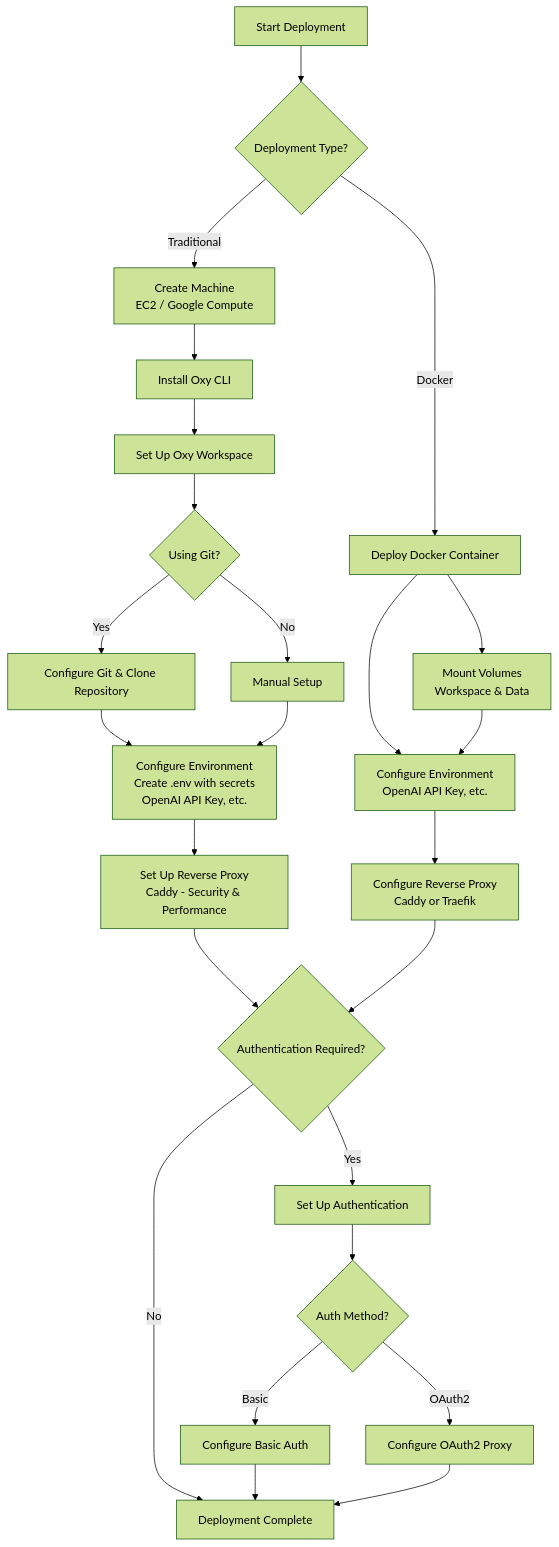
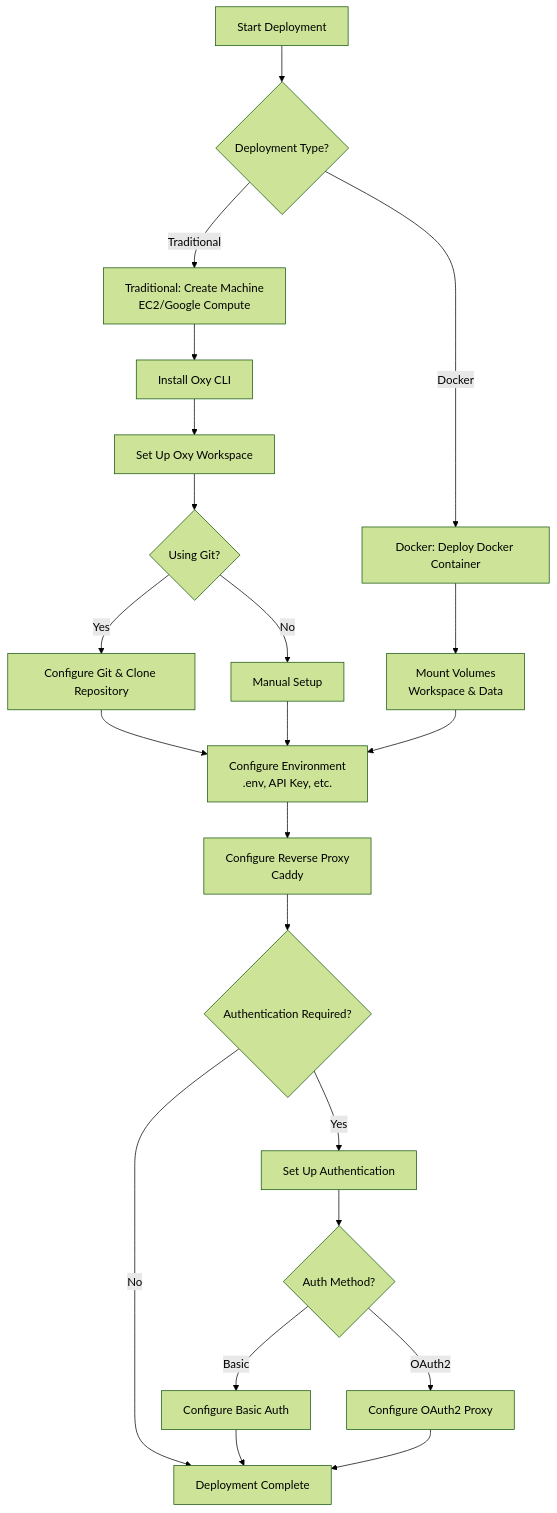
One commit to oxy-hq/oxy changed the first of 2 diagrams in docs/deployment/index.mdx. Above: the diagram before and after it, drawn with Mermaid (forest theme). The commit also changed other lines of this file, not shown here.

Commit message:
docs: update chart

````diff
--- a/docs/deployment/index.mdx
+++ b/docs/deployment/index.mdx
@@ -28,28 +28,35 @@
 ```mermaid
 flowchart TD
-    A[Start Deployment] --> Z{Deployment Type?}
-    Z -->|Traditional| B[Create Machine\nEC2 / Google Compute]
-    Z -->|Docker| Docker[Deploy Docker Container]
-    B --> C[Install Oxy CLI]
-    C --> E[Set Up Oxy Workspace]
-    E --> F{Using Git?}
-    F -->|Yes| G[Configure Git & Clone Repository]
-    F -->|No| H[Manual Setup]
-    G --> I[Configure Environment\nCreate .env with secrets\nOpenAI API Key, etc.]
-    H --> I
-    I --> D[Set Up Reverse Proxy\nCaddy - Security & Performance]
-    Docker --> DockerV[Mount Volumes\nWorkspace & Data]
-    Docker --> DockerE[Configure Environment\nOpenAI API Key, etc.]
-    DockerE --> DockerR[Configure Reverse Proxy\nCaddy or Traefik]
-    DockerV --> DockerE
-    D --> J{Authentication Required?}
-    DockerR --> J
-    J -->|Yes| K[Set Up Authentication]
-    J -->|No| L[Deployment Complete]
-    K --> M{Auth Method?}
-    M -->|Basic| N[Configure Basic Auth]
-    M -->|OAuth2| O[Configure OAuth2 Proxy]
-    N --> L
-    O --> L
+  Start[Start Deployment]
+  Choice{Deployment Type?}
+  Traditional[Traditional: Create Machine\nEC2/Google Compute]
+  Docker[Docker: Deploy Docker Container]
+  Install[Install Oxy CLI]
+  Workspace[Set Up Oxy Workspace]
+  GitChoice{Using Git?}
+  Git[Configure Git & Clone Repository]
+  Manual[Manual Setup]
+  Env[Configure Environment\n.env, API Key, etc.]
+  Volumes[Mount Volumes\nWorkspace & Data]
+  Proxy[Configure Reverse Proxy\nCaddy]
+  AuthChoice{Authentication Required?}
+  Auth[Set Up Authentication]
+  AuthMethod{Auth Method?}
+  Basic[Configure Basic Auth]
+  OAuth2[Configure OAuth2 Proxy]
+  Done[Deployment Complete]
 
+  Start --> Choice
+  Choice -->|Traditional| Traditional
+  Choice -->|Docker| Docker
+  Traditional --> Install --> Workspace --> GitChoice
+  GitChoice -->|Yes| Git --> Env
+  GitChoice -->|No| Manual --> Env
+  Docker --> Volumes --> Env
+  Env --> Proxy
+  Proxy --> AuthChoice
+  AuthChoice -->|Yes| Auth --> AuthMethod
+  AuthChoice -->|No| Done
+  AuthMethod -->|Basic| Basic --> Done
+  AuthMethod -->|OAuth2| OAuth2 --> Done
 ```
````
